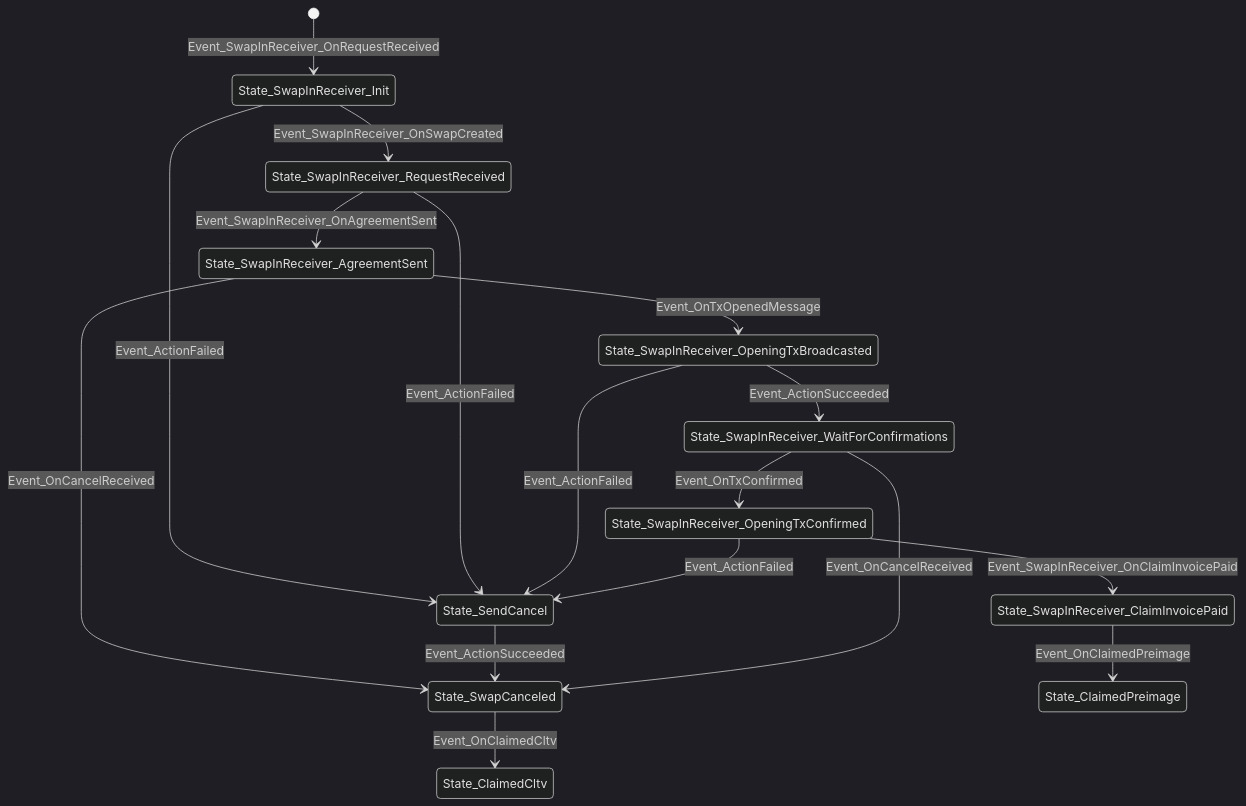
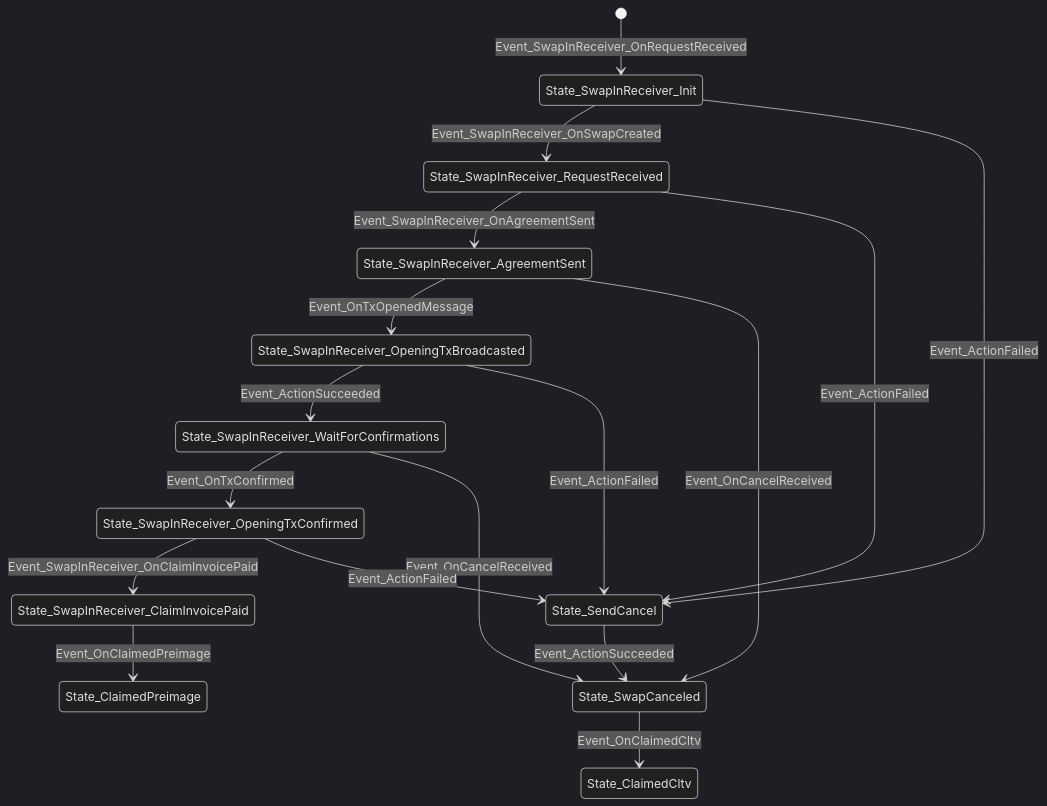
Before and after one commit to ElementsProject/peerswap: the diagram in docs/states_swapin_receiver.md, drawn with Mermaid (dark theme). The commit also changed other lines of this file and 8 other files, not shown here.

````diff
--- a/docs/states_swapin_receiver.md
+++ b/docs/states_swapin_receiver.md
@@ -1,30 +1,30 @@
 ```mermaid
 stateDiagram-v2
+State_SwapInReceiver_AgreementSent
+State_SwapInReceiver_AgreementSent --> State_SwapInReceiver_OpeningTxBroadcasted: Event_OnTxOpenedMessage
+State_SwapInReceiver_AgreementSent --> State_SwapCanceled: Event_OnCancelReceived
+State_SwapInReceiver_WaitForConfirmations
+State_SwapInReceiver_WaitForConfirmations --> State_SwapInReceiver_OpeningTxConfirmed: Event_OnTxConfirmed
+State_SwapInReceiver_WaitForConfirmations --> State_SwapCanceled: Event_OnCancelReceived
+State_ClaimedCltv
+State_ClaimedPreimage
+[*] --> State_SwapInReceiver_Init: Event_SwapInReceiver_OnRequestReceived
 State_SwapInReceiver_Init
 State_SwapInReceiver_Init --> State_SwapInReceiver_RequestReceived: Event_SwapInReceiver_OnSwapCreated
 State_SwapInReceiver_Init --> State_SendCancel: Event_ActionFailed
-State_SwapInReceiver_AgreementSent
-State_SwapInReceiver_AgreementSent --> State_SwapInReceiver_OpeningTxBroadcasted: Event_OnTxOpenedMessage
-State_SwapInReceiver_AgreementSent --> State_SwapCanceled: Event_OnCancelReceived
+State_SwapInReceiver_OpeningTxConfirmed
+State_SwapInReceiver_OpeningTxConfirmed --> State_SwapInReceiver_ClaimInvoicePaid: Event_SwapInReceiver_OnClaimInvoicePaid
+State_SwapInReceiver_OpeningTxConfirmed --> State_SendCancel: Event_ActionFailed
 State_SwapInReceiver_ClaimInvoicePaid
 State_SwapInReceiver_ClaimInvoicePaid --> State_ClaimedPreimage: Event_OnClaimedPreimage
 State_SendCancel
 State_SendCancel --> State_SwapCanceled: Event_ActionSucceeded
-State_ClaimedCltv
-State_ClaimedPreimage
 State_SwapCanceled
 State_SwapCanceled --> State_ClaimedCltv: Event_OnClaimedCltv
-[*] --> State_SwapInReceiver_Init: Event_SwapInReceiver_OnRequestReceived
 State_SwapInReceiver_RequestReceived
 State_SwapInReceiver_RequestReceived --> State_SwapInReceiver_AgreementSent: Event_SwapInReceiver_OnAgreementSent
 State_SwapInReceiver_RequestReceived --> State_SendCancel: Event_ActionFailed
 State_SwapInReceiver_OpeningTxBroadcasted
+State_SwapInReceiver_OpeningTxBroadcasted --> State_SwapInReceiver_WaitForConfirmations: Event_ActionSucceeded
 State_SwapInReceiver_OpeningTxBroadcasted --> State_SendCancel: Event_ActionFailed
-State_SwapInReceiver_OpeningTxBroadcasted --> State_SwapInReceiver_WaitForConfirmations: Event_ActionSucceeded
-State_SwapInReceiver_WaitForConfirmations
-State_SwapInReceiver_WaitForConfirmations --> State_SwapInReceiver_OpeningTxConfirmed: Event_OnTxConfirmed
-State_SwapInReceiver_WaitForConfirmations --> State_SwapCanceled: Event_OnCancelReceived
-State_SwapInReceiver_OpeningTxConfirmed
-State_SwapInReceiver_OpeningTxConfirmed --> State_SwapInReceiver_ClaimInvoicePaid: Event_SwapInReceiver_OnClaimInvoicePaid
-State_SwapInReceiver_OpeningTxConfirmed --> State_SendCancel: Event_ActionFailed
 ```
````
